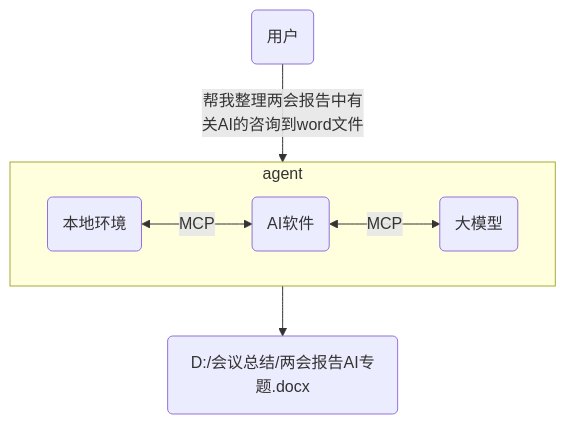
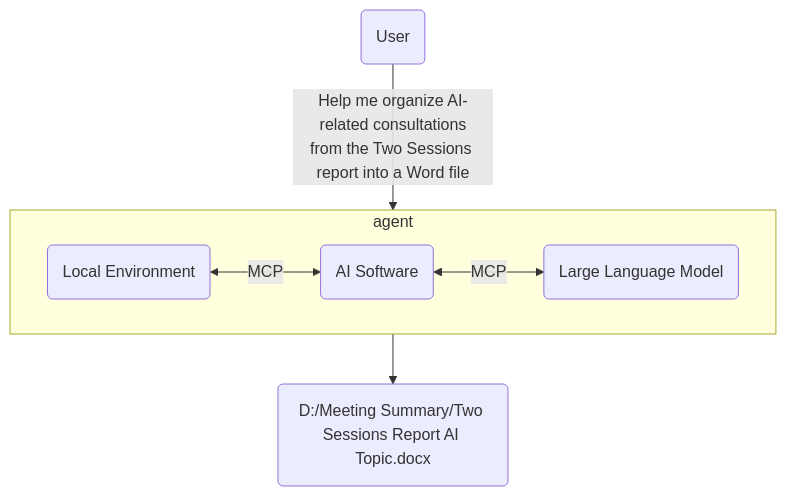
One commit to LSTM-Kirigaya/openmcp-document changed the second of 5 diagrams in plugin-tutorial/what-is-mcp.md. Above: the diagram before and after it, drawn with Mermaid. The commit also changed other lines of this file and 144 other files, not shown here.

````diff
--- a/plugin-tutorial/what-is-mcp.md
+++ b/plugin-tutorial/what-is-mcp.md
@@ -40,20 +37,20 @@
 ```mermaid
 graph TB
 
-user(用户)
-ai(AI软件)
-llm(大模型)
-computer(本地环境)
+user(User)
+ai(AI Software)
+llm(Large Language Model)
+computer(Local Environment)
 
-user --帮我整理两会报告中有\n关AI的咨询到word文件--> agent
+user --Help me organize AI-related consultations
+from the Two Sessions report into a Word file--> agent
 
 subgraph agent
 
 ai <--MCP--> llm
 computer <--MCP--> ai
 
 end
 
-agent --> word(D:/会议总结/两会报告AI专题.docx)
-
+agent --> word(D:/Meeting Summary/Two Sessions Report AI Topic.docx)
 ```
````
